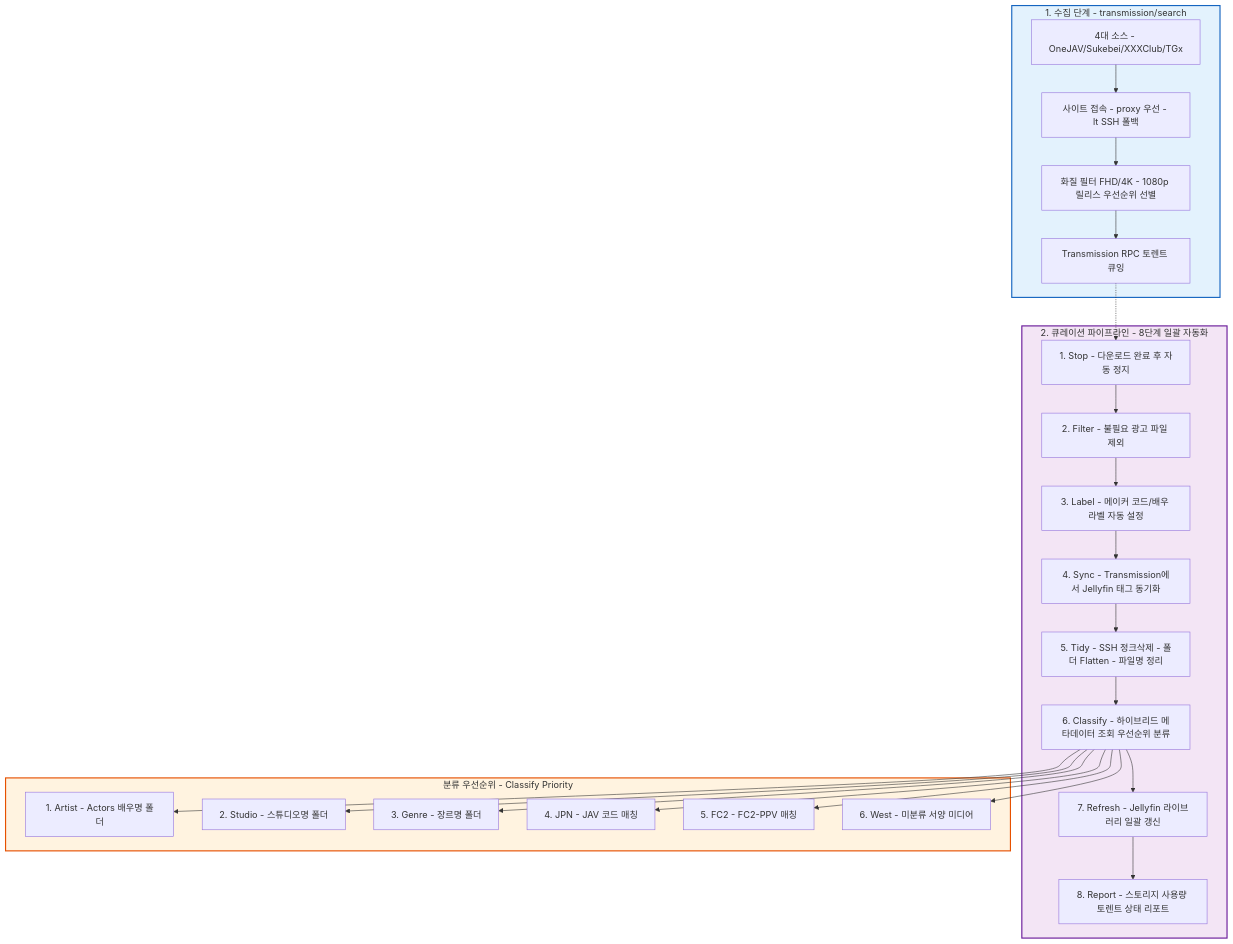
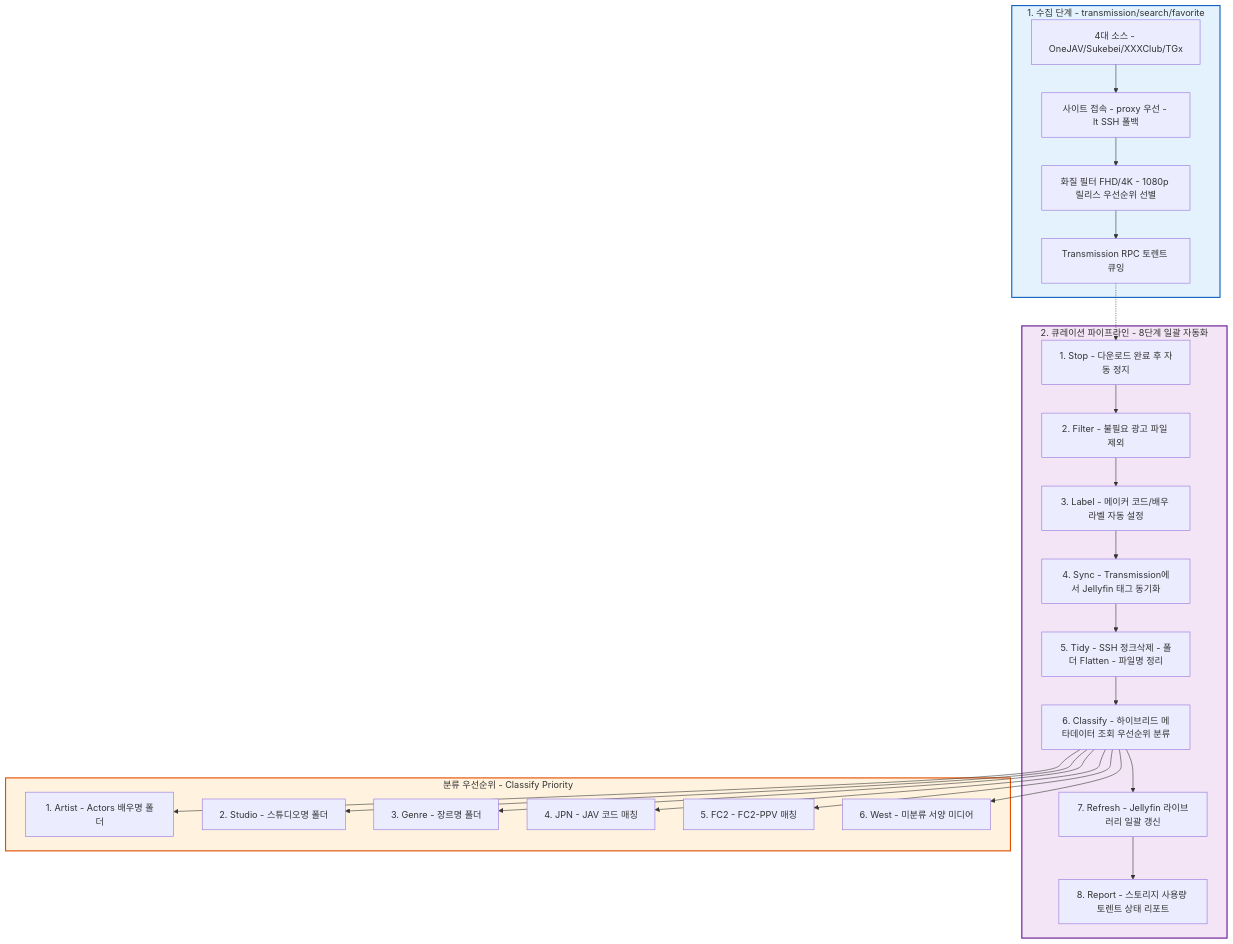
One commit to deuxksy/Meridian-X changed the diagram in docs/okf/explanation/architecture-and-workflow.md. Above: the diagram before and after it, drawn with Mermaid. The commit also changed other lines of this file and 5 other files, not shown here.

````diff
--- a/docs/okf/explanation/architecture-and-workflow.md
+++ b/docs/okf/explanation/architecture-and-workflow.md
@@ -9,32 +11,32 @@
 ```mermaid
 graph TD
-    subgraph Ingest[1. 수집 단계 - transmission/search]
+    subgraph Ingest[1. 수집 단계 - transmission/search/favorite]
         SRC[4대 소스 - OneJAV/Sukebei/XXXClub/TGx] --> FETCH[사이트 접속 - proxy 우선 - lt SSH 폴백]
         FETCH --> DEDUP[화질 필터 FHD/4K - 1080p 릴리스 우선순위 선별]
         DEDUP --> TX_ADD[Transmission RPC 토렌트 큐잉]
     end
 
     subgraph Pipeline[2. 큐레이션 파이프라인 - 8단계 일괄 자동화]
         TX_ADD -.-> S1
         S1[1. Stop - 다운로드 완료 후 자동 정지] --> S2[2. Filter - 불필요 광고 파일 제외]
         S2 --> S3[3. Label - 메이커 코드/배우 라벨 자동 설정]
         S3 --> S4[4. Sync - Transmission에서 Jellyfin 태그 동기화]
         S4 --> S5[5. Tidy - SSH 정크삭제 - 폴더 Flatten - 파일명 정리]
         S5 --> S6[6. Classify - 하이브리드 메타데이터 조회 우선순위 분류]
         S6 --> S7[7. Refresh - Jellyfin 라이브러리 일괄 갱신]
         S7 --> S8[8. Report - 스토리지 사용량 토렌트 상태 리포트]
     end
 
     subgraph ClassifyPriority[분류 우선순위 - Classify Priority]
         S6 --> P1[1. Artist - Actors 배우명 폴더]
         S6 --> P2[2. Studio - 스튜디오명 폴더]
         S6 --> P3[3. Genre - 장르명 폴더]
         S6 --> P4[4. JPN - JAV 코드 매칭]
         S6 --> P5[5. FC2 - FC2-PPV 매칭]
         S6 --> P6[6. West - 미분류 서양 미디어]
     end
 
     style Ingest fill:#e3f2fd,stroke:#1565c0,stroke-width:2px
     style Pipeline fill:#f3e5f5,stroke:#6a1b9a,stroke-width:2px
     style ClassifyPriority fill:#fff3e0,stroke:#e65100,stroke-width:2px
 ```
````
